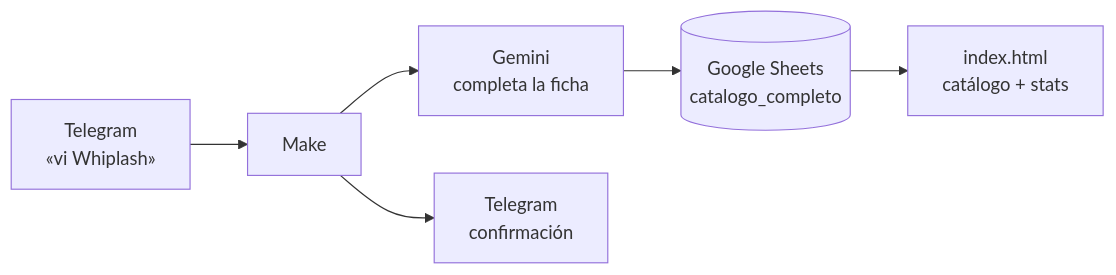
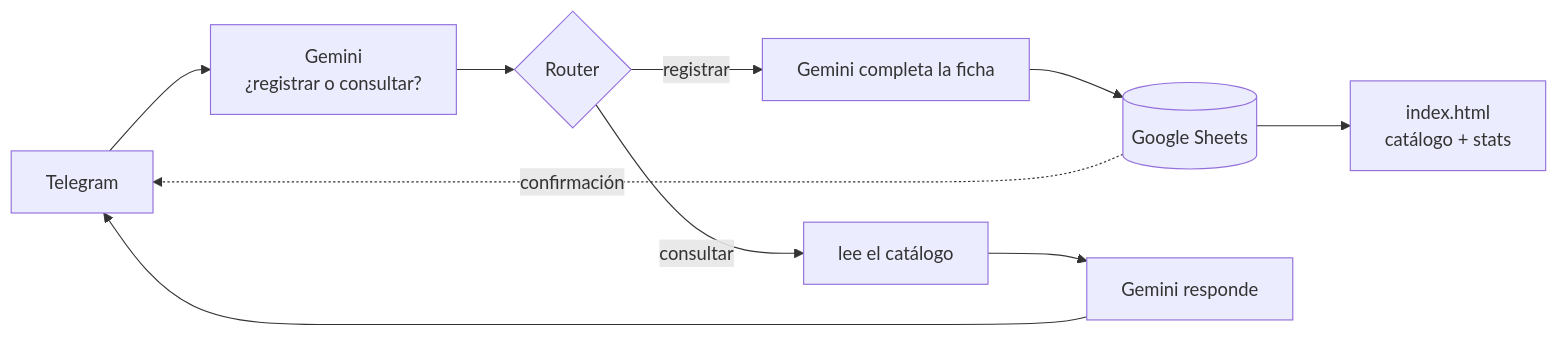
The diagram in README.md (Arturogrottoli/IA-Automation-Movies), drawn with Mermaid before and after one commit. The commit also changed other lines of this file, not shown here.

Commit message:
README: consultas y recomendaciones hechas; roadmap actualizado

````diff
--- a/README.md
+++ b/README.md
@@ -40,8 +51,9 @@
 ```mermaid
 flowchart LR
-    T[Telegram<br/>«vi Whiplash»] --> M[Make]
-    M --> G[Gemini<br/>completa la ficha]
-    G --> S[(Google Sheets<br/>catalogo_completo)]
-    M --> R[Telegram<br/>confirmación]
+    T[Telegram] --> G1[Gemini<br/>¿registrar o consultar?]
+    G1 --> R{Router}
+    R -->|registrar| G2[Gemini completa la ficha] --> S[(Google Sheets)]
+    R -->|consultar| H[lee el catálogo] --> G3[Gemini responde] --> T
     S --> W[index.html<br/>catálogo + stats]
+    S -.->|confirmación| T
 ```
````
